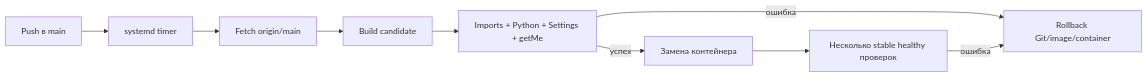
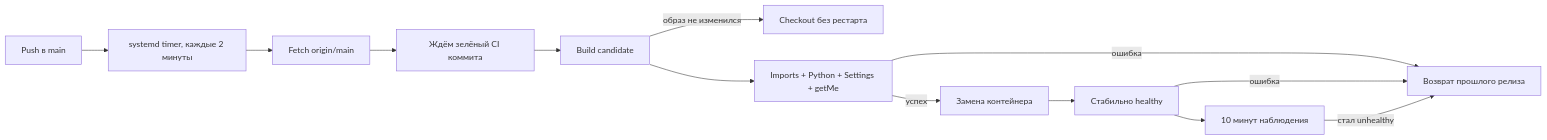
One commit to Avazbek22/telegram-bot-autodeploy-template changed the diagram in docs/README.ru.md. Above: the diagram before and after it, drawn with Mermaid. The commit also changed other lines of this file and 30 other files, not shown here.

````diff
--- a/docs/README.ru.md
+++ b/docs/README.ru.md
@@ -12,11 +14,15 @@
 ```mermaid
 flowchart LR
-    A[Push в main] --> B[systemd timer]
+    A[Push в main] --> B[systemd timer, каждые 2 минуты]
     B --> C[Fetch origin/main]
-    C --> D[Build candidate]
-    D --> E[Imports + Python + Settings + getMe]
-    E -->|успех| F[Замена контейнера]
-    F --> G[Несколько stable healthy проверок]
-    E -->|ошибка| H[Rollback Git/image/container]
-    G -->|ошибка| H
+    C --> D[Ждём зелёный CI коммита]
+    D --> E[Build candidate]
+    E -->|образ не изменился| K[Checkout без рестарта]
+    E --> F[Imports + Python + Settings + getMe]
+    F -->|успех| G[Замена контейнера]
+    G --> H[Стабильно healthy]
+    H --> I[10 минут наблюдения]
+    F -->|ошибка| R[Возврат прошлого релиза]
+    H -->|ошибка| R
+    I -->|стал unhealthy| R
 ```
````
